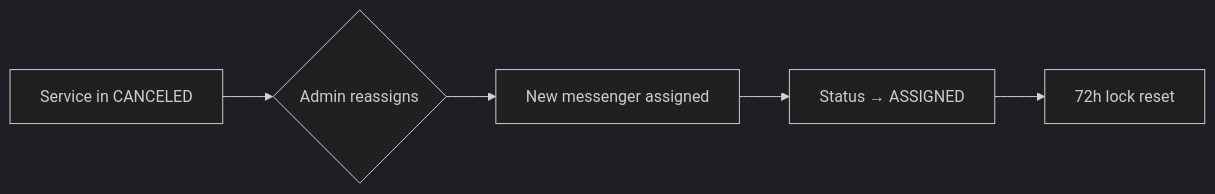
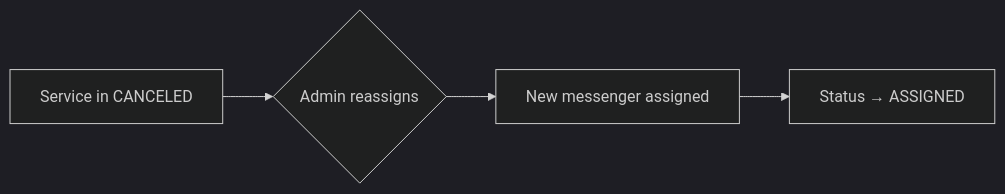
One commit to fttmatteo/messenger-backend changed the fourth of 4 diagrams in README.md. Above: the diagram before and after it, drawn with Mermaid (dark theme). The commit also changed other lines of this file and 5 other files, not shown here.

````diff
--- a/README.md
+++ b/README.md
@@ -505,7 +509,6 @@
 ```mermaid
 flowchart LR
     A[Service in CANCELED] --> B{Admin reassigns}
     B --> C[New messenger assigned]
     C --> D[Status → ASSIGNED]
-    D --> E[72h lock reset]
 ```
````
